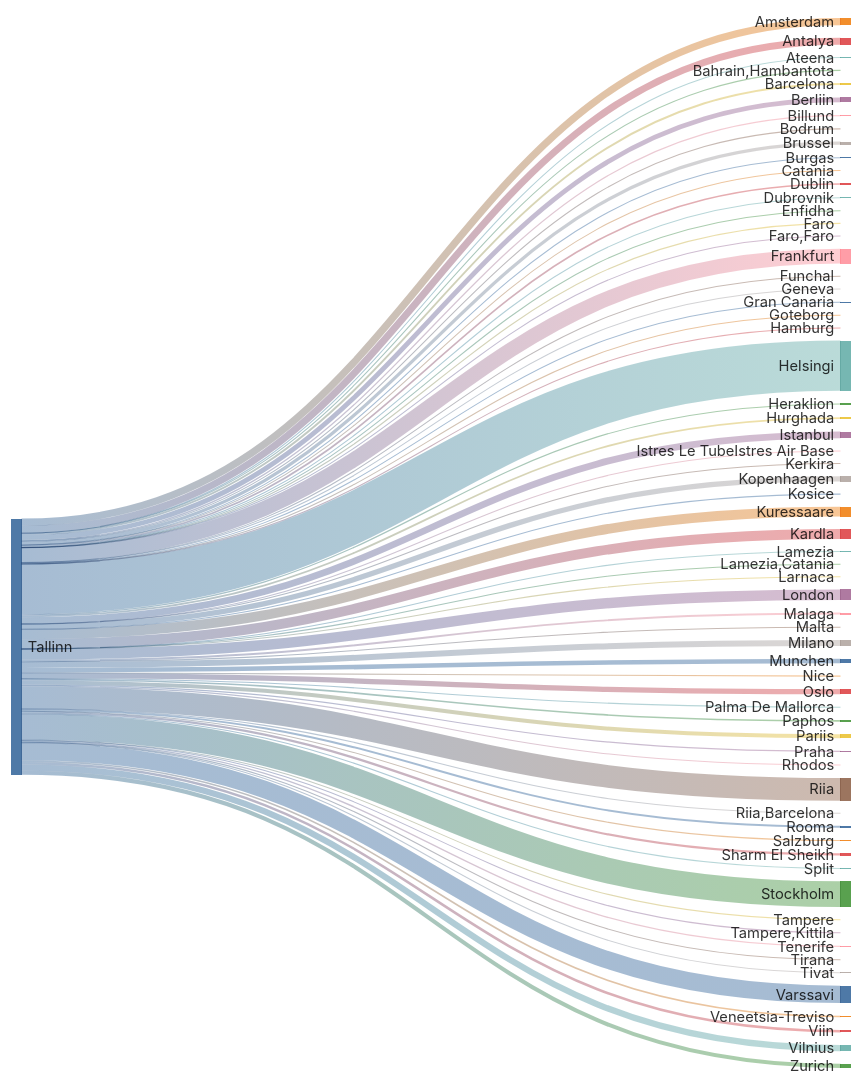
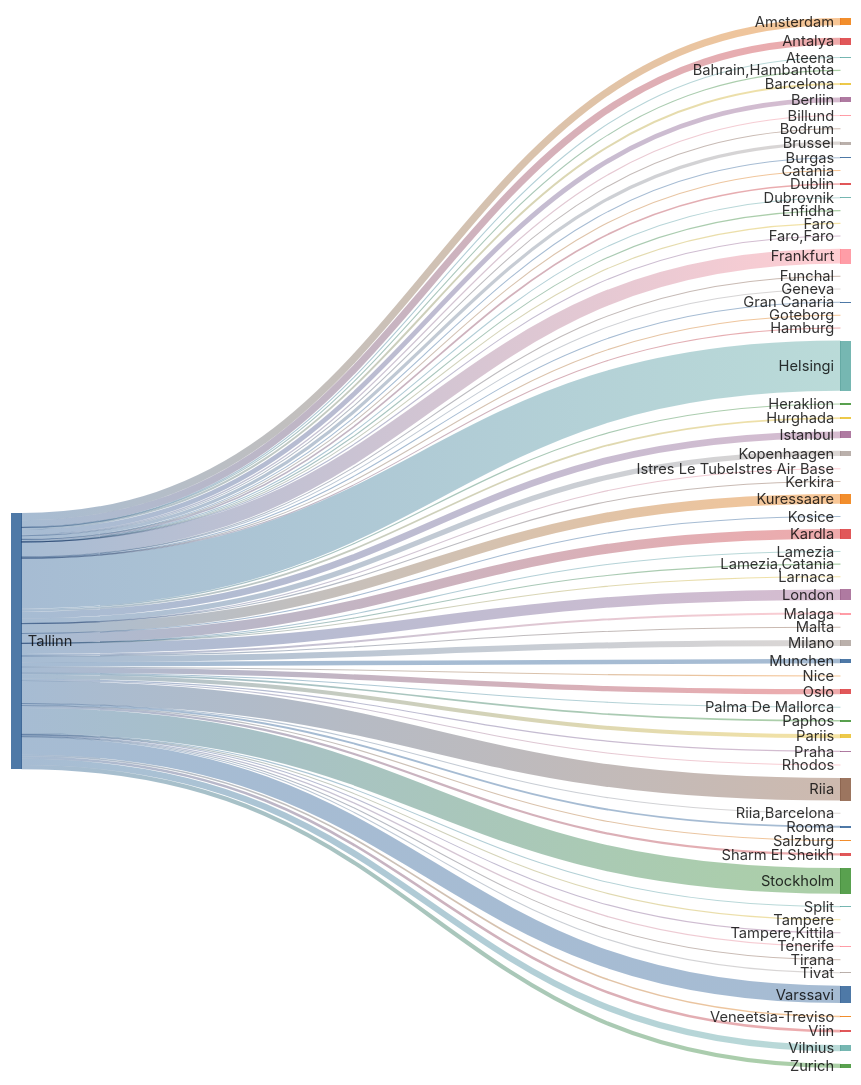
One commit to rainermesi/tll-airport-departures changed the second of 2 diagrams in README.md. Above: the diagram before and after it, drawn with Mermaid. The commit also changed other lines of this file, not shown here.

````diff
--- a/README.md
+++ b/README.md
@@ -34,77 +34,77 @@
 ```mermaid
 ---
 config:
   sankey:
     showValues: false
     width: 800
     height: 1000
 ---
 sankey-beta
 %% source,target,value
-Tallinn,Amsterdam,286
+Tallinn,Amsterdam,288
 Tallinn,Antalya,281
 Tallinn,Ateena,16
 Tallinn,"Bahrain,Hambantota",1
-Tallinn,Barcelona,76
+Tallinn,Barcelona,77
 Tallinn,Berliin,193
 Tallinn,Billund,49
 Tallinn,Bodrum,11
-Tallinn,Brussel,128
+Tallinn,Brussel,129
 Tallinn,Burgas,21
 Tallinn,Catania,2
 Tallinn,Dublin,66
 Tallinn,Dubrovnik,21
 Tallinn,Enfidha,7
 Tallinn,Faro,4
 Tallinn,"Faro,Faro",1
-Tallinn,Frankfurt,595
+Tallinn,Frankfurt,598
 Tallinn,Funchal,5
 Tallinn,Geneva,12
 Tallinn,Gran Canaria,36
 Tallinn,Goteborg,1
 Tallinn,Hamburg,2
-Tallinn,Helsingi,2009
+Tallinn,Helsingi,2017
 Tallinn,Heraklion,46
 Tallinn,Hurghada,71
-Tallinn,Istanbul,270
+Tallinn,Istanbul,271
 Tallinn,Istres Le TubeIstres Air Base,2
 Tallinn,Kerkira,4
 Tallinn,Kopenhaagen,211
 Tallinn,Kosice,1
-Tallinn,Kuressaare,391
-Tallinn,Kardla,391
+Tallinn,Kuressaare,393
+Tallinn,Kardla,393
 Tallinn,Lamezia,1
 Tallinn,"Lamezia,Catania",3
 Tallinn,Larnaca,4
-Tallinn,London,420
-Tallinn,Malaga,77
+Tallinn,London,422
+Tallinn,Malaga,78
 Tallinn,Malta,15
-Tallinn,Milano,239
+Tallinn,Milano,240
 Tallinn,Munchen,181
 Tallinn,Nice,25
-Tallinn,Oslo,213
+Tallinn,Oslo,214
 Tallinn,Palma De Mallorca,19
 Tallinn,Paphos,64
-Tallinn,Pariis,159
+Tallinn,Pariis,160
 Tallinn,Praha,49
 Tallinn,Rhodos,32
-Tallinn,Riia,904
+Tallinn,Riia,908
 Tallinn,"Riia,Barcelona",1
 Tallinn,Rooma,78
 Tallinn,Salzburg,13
-Tallinn,Sharm El Sheikh,87
+Tallinn,Sharm El Sheikh,88
 Tallinn,Split,25
-Tallinn,Stockholm,1024
+Tallinn,Stockholm,1029
 Tallinn,Tampere,17
 Tallinn,"Tampere,Kittila",20
 Tallinn,Tenerife,55
 Tallinn,Tirana,8
 Tallinn,Tivat,26
-Tallinn,Varssavi,694
+Tallinn,Varssavi,696
 Tallinn,Veneetsia-Treviso,65
 Tallinn,Viin,103
-Tallinn,Vilnius,247
-Tallinn,Zurich,165
+Tallinn,Vilnius,249
+Tallinn,Zurich,166
 
 
 ```
````
